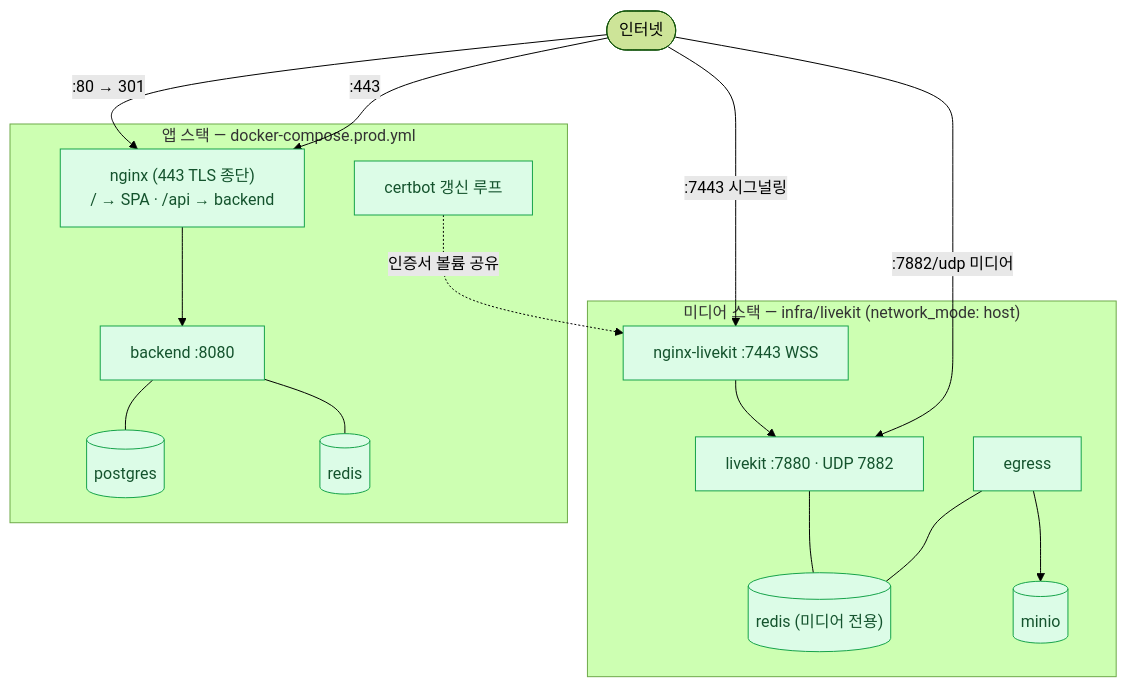
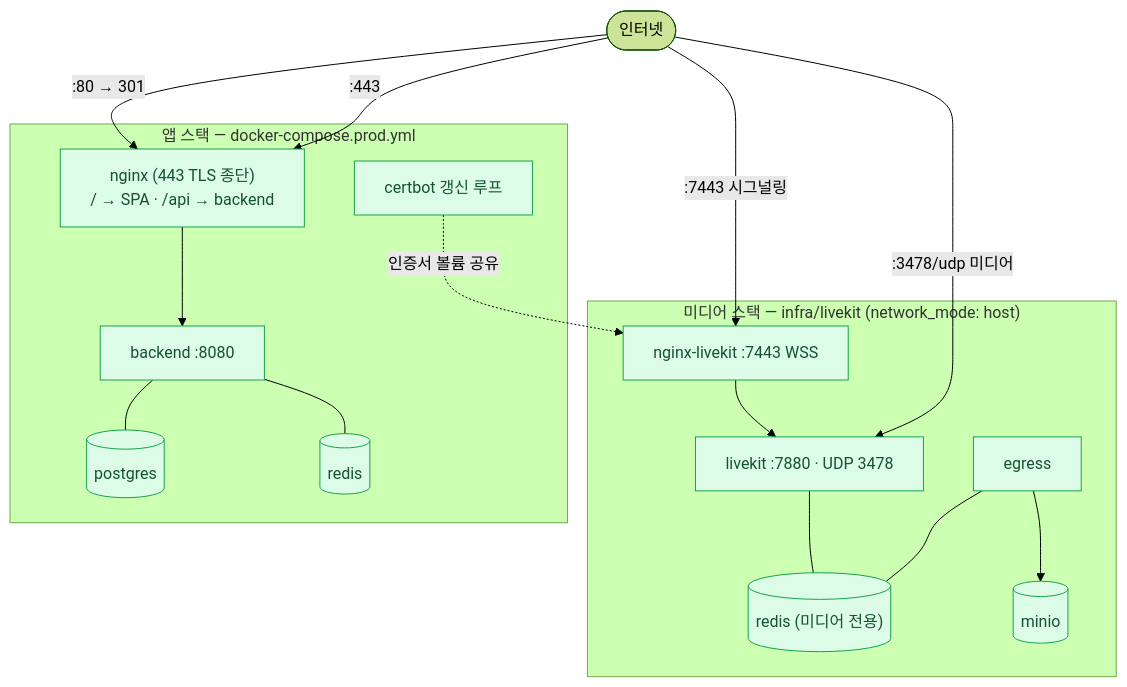
One commit to thdwjdrl401/jiphyeonjeon changed the eighth of 8 diagrams in docs/ARCHITECTURE.md. Above: the diagram before and after it, drawn with Mermaid (forest theme). The commit also changed 5 other files, not shown here.

````diff
--- a/docs/ARCHITECTURE.md
+++ b/docs/ARCHITECTURE.md
@@ -352,37 +352,37 @@
 ```mermaid
 flowchart TB
   classDef built fill:#dcfce7,stroke:#16a34a,color:#14532d
 
   NET(["인터넷"])
 
   subgraph APP["앱 스택 — docker-compose.prod.yml"]
     NGX["nginx (443 TLS 종단)<br/>/ → SPA · /api → backend"]
     BE["backend :8080"]
     PGC[("postgres")]
     RDC[("redis")]
     CB["certbot 갱신 루프"]
   end
 
   subgraph MED["미디어 스택 — infra/livekit (network_mode: host)"]
     NGL["nginx-livekit :7443 WSS"]
-    LKC["livekit :7880 · UDP 7882"]
+    LKC["livekit :7880 · UDP 3478"]
     EGC["egress"]
     MIO[("minio")]
     RDL[("redis (미디어 전용)")]
   end
 
   NET -->|":80 → 301"| NGX
   NET -->|":443"| NGX
   NET -->|":7443 시그널링"| NGL
-  NET -->|":7882/udp 미디어"| LKC
+  NET -->|":3478/udp 미디어"| LKC
   NGX --> BE
   BE --- PGC
   BE --- RDC
   NGL --> LKC
   LKC --- RDL
   EGC --- RDL
   EGC --> MIO
   CB -.->|"인증서 볼륨 공유"| NGL
 
   class NGX,BE,PGC,RDC,CB,NGL,LKC,EGC,MIO,RDL built
 ```
````
